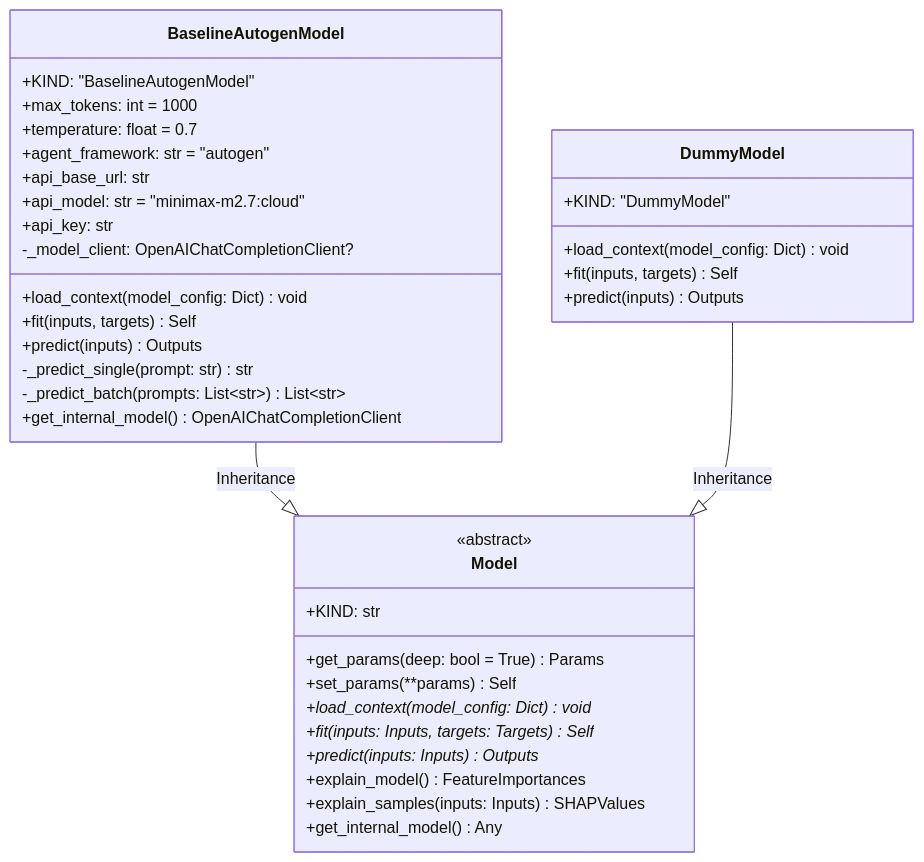
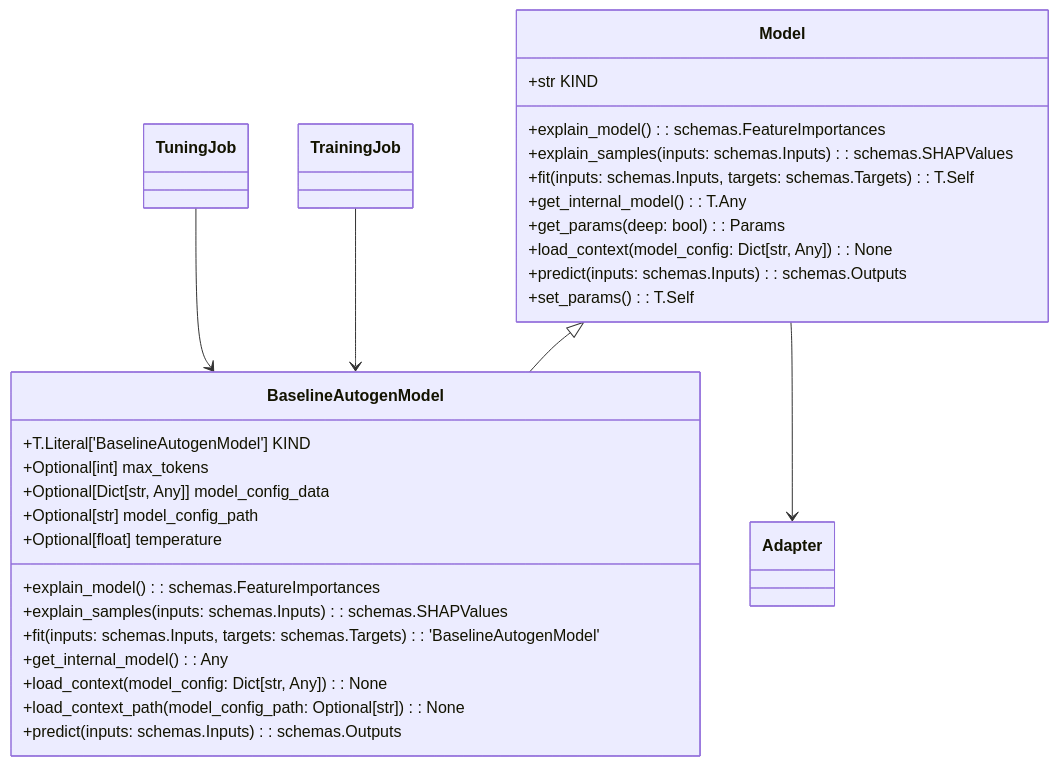
The diagram in openwiki/modules/models/entities.md (lgcorzo/llmops-python-package), drawn with Mermaid before and after one commit. The commit also changed other lines of this file and 55 other files, not shown here.

````diff
--- a/openwiki/modules/models/entities.md
+++ b/openwiki/modules/models/entities.md
@@ -23,42 +58,32 @@
 ```mermaid
 classDiagram
-    direction BT
-
+    class BaselineAutogenModel {
+        +T.Literal['BaselineAutogenModel'] KIND
+        +Optional[int] max_tokens
+        +Optional[Dict[str, Any]] model_config_data
+        +Optional[str] model_config_path
+        +Optional[float] temperature
+        +explain_model(): schemas.FeatureImportances
+        +explain_samples(inputs: schemas.Inputs): schemas.SHAPValues
+        +fit(inputs: schemas.Inputs, targets: schemas.Targets): 'BaselineAutogenModel'
+        +get_internal_model(): Any
+        +load_context(model_config: Dict[str, Any]): None
+        +load_context_path(model_config_path: Optional[str]): None
+        +predict(inputs: schemas.Inputs): schemas.Outputs
+    }
     class Model {
-        <<abstract>>
-        +KIND: str
-        +get_params(deep: bool = True) Params
-        +set_params(**params) Self
-        +load_context(model_config: Dict)* void
-        +fit(inputs: Inputs, targets: Targets)* Self
-        +predict(inputs: Inputs)* Outputs
-        +explain_model() FeatureImportances
-        +explain_samples(inputs: Inputs) SHAPValues
-        +get_internal_model() Any
+        +str KIND
+        +explain_model(): schemas.FeatureImportances
+        +explain_samples(inputs: schemas.Inputs): schemas.SHAPValues
+        +fit(inputs: schemas.Inputs, targets: schemas.Targets): T.Self
+        +get_internal_model(): T.Any
+        +get_params(deep: bool): Params
+        +load_context(model_config: Dict[str, Any]): None
+        +predict(inputs: schemas.Inputs): schemas.Outputs
+        +set_params(): T.Self
     }
-    class BaselineAutogenModel {
-        +KIND: "BaselineAutogenModel"
-        +max_tokens: int = 1000
-        +temperature: float = 0.7
-        +agent_framework: str = "autogen"
-        +api_base_url: str
-        +api_model: str = "minimax-m2.7:cloud"
-        +api_key: str
-        -_model_client: OpenAIChatCompletionClient?
-        +load_context(model_config: Dict) void
-        +fit(inputs, targets) Self
-        +predict(inputs) Outputs
-        -_predict_single(prompt: str) str
-        -_predict_batch(prompts: List~str~) List~str~
-        +get_internal_model() OpenAIChatCompletionClient
-    }
-    class DummyModel {
-        +KIND: "DummyModel"
-        +load_context(model_config: Dict) void
-        +fit(inputs, targets) Self
-        +predict(inputs) Outputs
-    }
-
-    Model <|-- BaselineAutogenModel : Inheritance
-    Model <|-- DummyModel : Inheritance
+    Model <|-- BaselineAutogenModel
+    TrainingJob --> BaselineAutogenModel
+    TuningJob --> BaselineAutogenModel
+    Model --> Adapter
 ```
````
